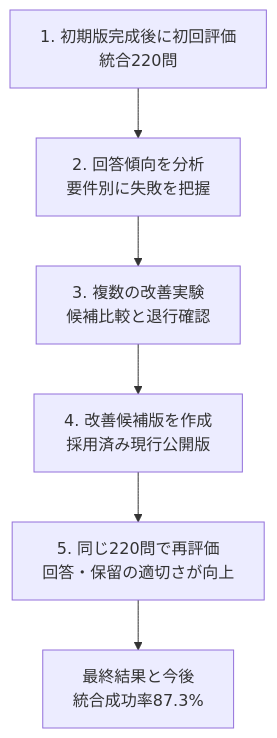
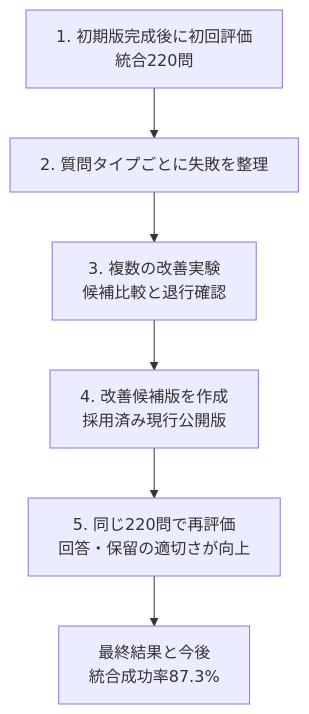
The second of 2 diagrams in README.md (toko1970/municipal-rag-assistant), drawn with Mermaid before and after one commit. The commit also changed other lines of this file, not shown here.

Commit message:
docs: clarify README accuracy improvement flow

````diff
--- a/README.md
+++ b/README.md
@@ -70,11 +70,11 @@
 ```mermaid
 %%{init: {"flowchart": {"wrappingWidth": 300, "minNodeWidth": 260}}}%%
 flowchart TD
     A[1. 初期版完成後に初回評価<br/>統合220問]
-    B[2. 回答傾向を分析<br/>要件別に失敗を把握]
+    B[2. 質問タイプごとに失敗を整理]
     C[3. 複数の改善実験<br/>候補比較と退行確認]
     D[4. 改善候補版を作成<br/>採用済み現行公開版]
     E[5. 同じ220問で再評価<br/>回答・保留の適切さが向上]
     F[最終結果と今後<br/>統合成功率87.3%]
     A --> B --> C --> D --> E --> F
 ```
````
